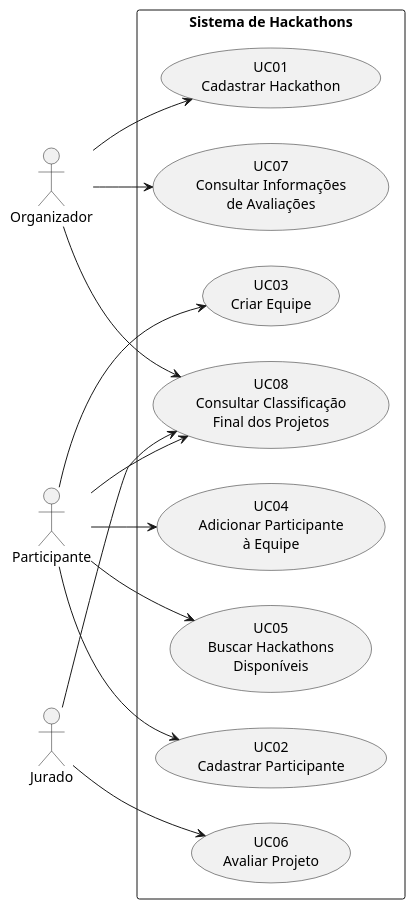
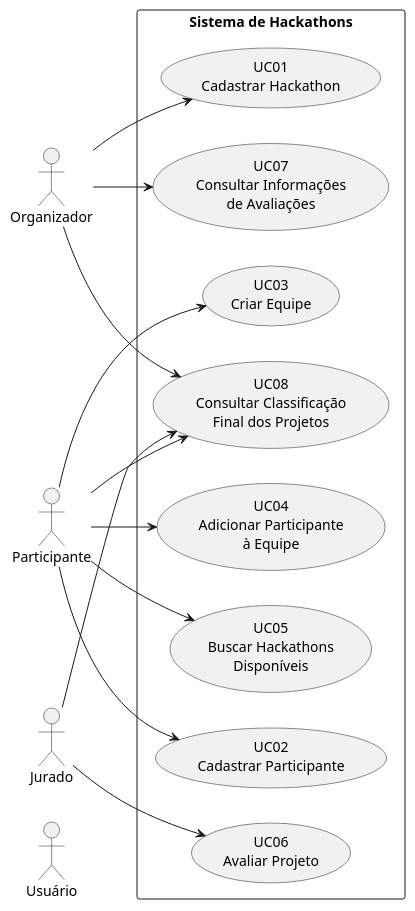
One commit to papatrock/es-hackathon changed the diagram in diagramas/caso-de-uso/UC01_cadastrar-hackaton.puml. Above: the diagram before and after it, drawn with PlantUML. The commit also changed 1 other file, not shown here.

Commit message:
docs: adiciona classe usuário e arruma referências não criadas anteriormente
- Colocado referência a Jurado no Diagrama de UC
- Colocado referência ao Organizador no Diagrama de Classes e criado suas relações
- Adicionado Usuário no Diagrama de Classes
- Adicionado Usuário no Diagrama de Caso de Uso (Talvez retirado mais tarde mas talvez sirva para funções do usuário)

```diff
--- a/diagramas/caso-de-uso/UC01_cadastrar-hackaton.puml
+++ b/diagramas/caso-de-uso/UC01_cadastrar-hackaton.puml
@@ -1,35 +1,37 @@
 @startuml Diagrama de Casos de Uso
 
 left to right direction
 
+actor "Usuário" as Usuario
 actor Organizador
 actor Participante
+actor Jurado
 
 rectangle "Sistema de Hackathons" {
     usecase "UC01\nCadastrar Hackathon" as UC01
     usecase "UC02\nCadastrar Participante" as UC02
     usecase "UC03\nCriar Equipe" as UC03
     usecase "UC04\nAdicionar Participante\nà Equipe" as UC04
     usecase "UC05\nBuscar Hackathons\nDisponíveis" as UC05
 
     usecase "UC06\nAvaliar Projeto" as UC06
     usecase "UC07\nConsultar Informações\nde Avaliações" as UC07
     usecase "UC08\nConsultar Classificação\nFinal dos Projetos" as UC08
 }
 
 
 
 Organizador --> UC01
 Organizador --> UC07
 Organizador --> UC08
 
 Participante --> UC02
 Participante --> UC03
 Participante --> UC04
 Participante --> UC05
 Participante --> UC08
 
 Jurado --> UC06
 Jurado --> UC08
 
 @enduml
```
